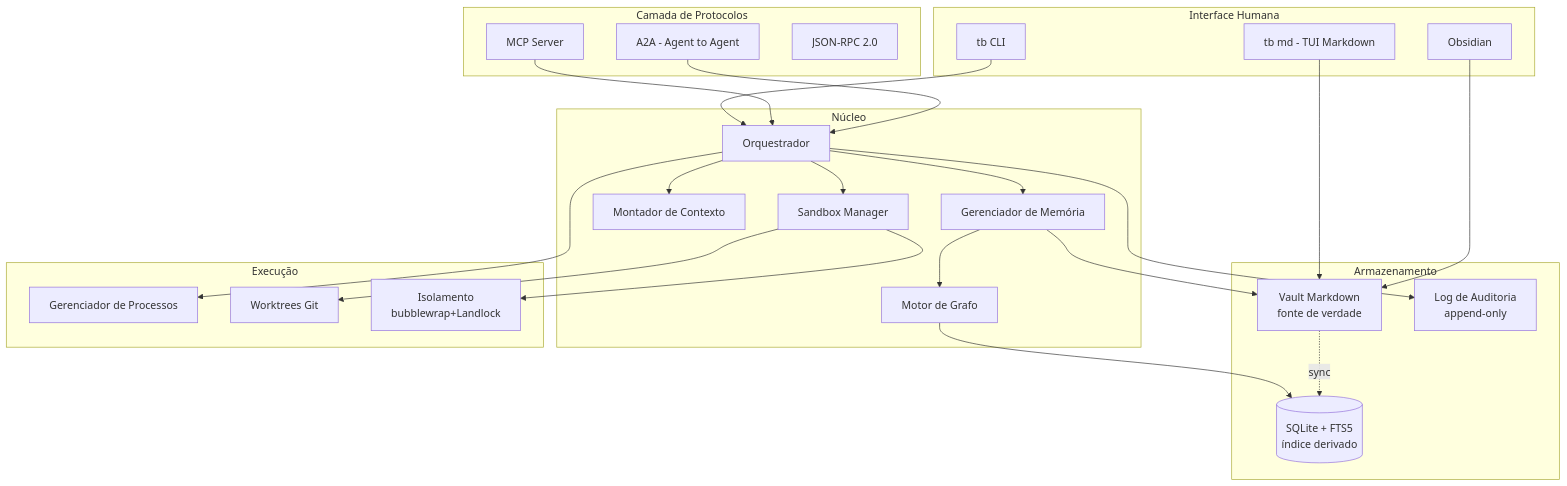
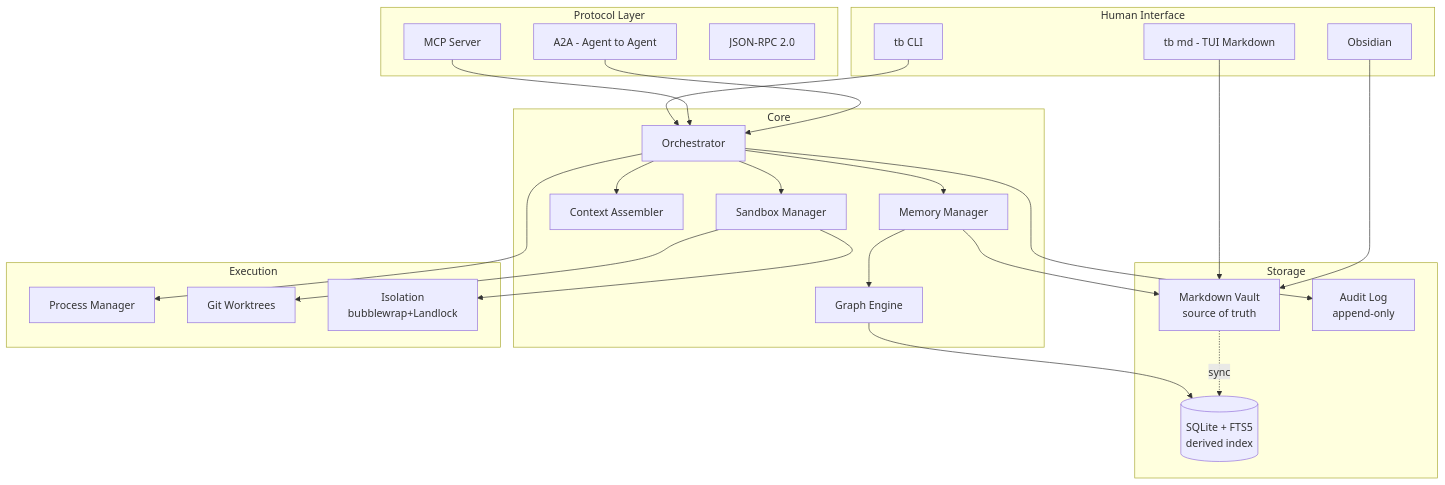
Before and after one commit to leonardo-moraes360/toolbelt: the first of 17 diagrams in docs/arquitetura.md, drawn with Mermaid. The commit also changed other lines of this file and 242 other files, not shown here.

````diff
--- a/docs/arquitetura.md
+++ b/docs/arquitetura.md
@@ -9,55 +9,55 @@
 ```mermaid
 graph TB
-    subgraph "Interface Humana"
+    subgraph "Human Interface"
         CLI[tb CLI]
         TUI[tb md - TUI Markdown]
         OBS[Obsidian]
     end
 
-    subgraph "Camada de Protocolos"
+    subgraph "Protocol Layer"
         MCP[MCP Server]
         A2A[A2A - Agent to Agent]
         RPC[JSON-RPC 2.0]
     end
 
-    subgraph "Núcleo"
-        ORCH[Orquestrador]
-        MEM[Gerenciador de Memória]
-        CTX[Montador de Contexto]
-        GRAPH[Motor de Grafo]
+    subgraph "Core"
+        ORCH[Orchestrator]
+        MEM[Memory Manager]
+        CTX[Context Assembler]
+        GRAPH[Graph Engine]
         SANDBOX[Sandbox Manager]
     end
 
-    subgraph "Armazenamento"
-        VAULT[Vault Markdown<br/>fonte de verdade]
-        SQLITE[(SQLite + FTS5<br/>índice derivado)]
-        AUDIT[Log de Auditoria<br/>append-only]
+    subgraph "Storage"
+        VAULT[Markdown Vault<br/>source of truth]
+        SQLITE[(SQLite + FTS5<br/>derived index)]
+        AUDIT[Audit Log<br/>append-only]
     end
 
-    subgraph "Execução"
-        PROC[Gerenciador de Processos]
-        WORK[Worktrees Git]
-        ISO[Isolamento<br/>bubblewrap+Landlock]
+    subgraph "Execution"
+        PROC[Process Manager]
+        WORK[Git Worktrees]
+        ISO[Isolation<br/>bubblewrap+Landlock]
     end
 
     CLI --> ORCH
     TUI --> VAULT
     OBS --> VAULT
     MCP --> ORCH
     A2A --> ORCH
 
     ORCH --> MEM
     ORCH --> CTX
     ORCH --> SANDBOX
     ORCH --> PROC
 
     MEM --> VAULT
     MEM --> GRAPH
     GRAPH --> SQLITE
     VAULT -.->|sync| SQLITE
 
     SANDBOX --> WORK
     SANDBOX --> ISO
 
     ORCH --> AUDIT
 ```
````
